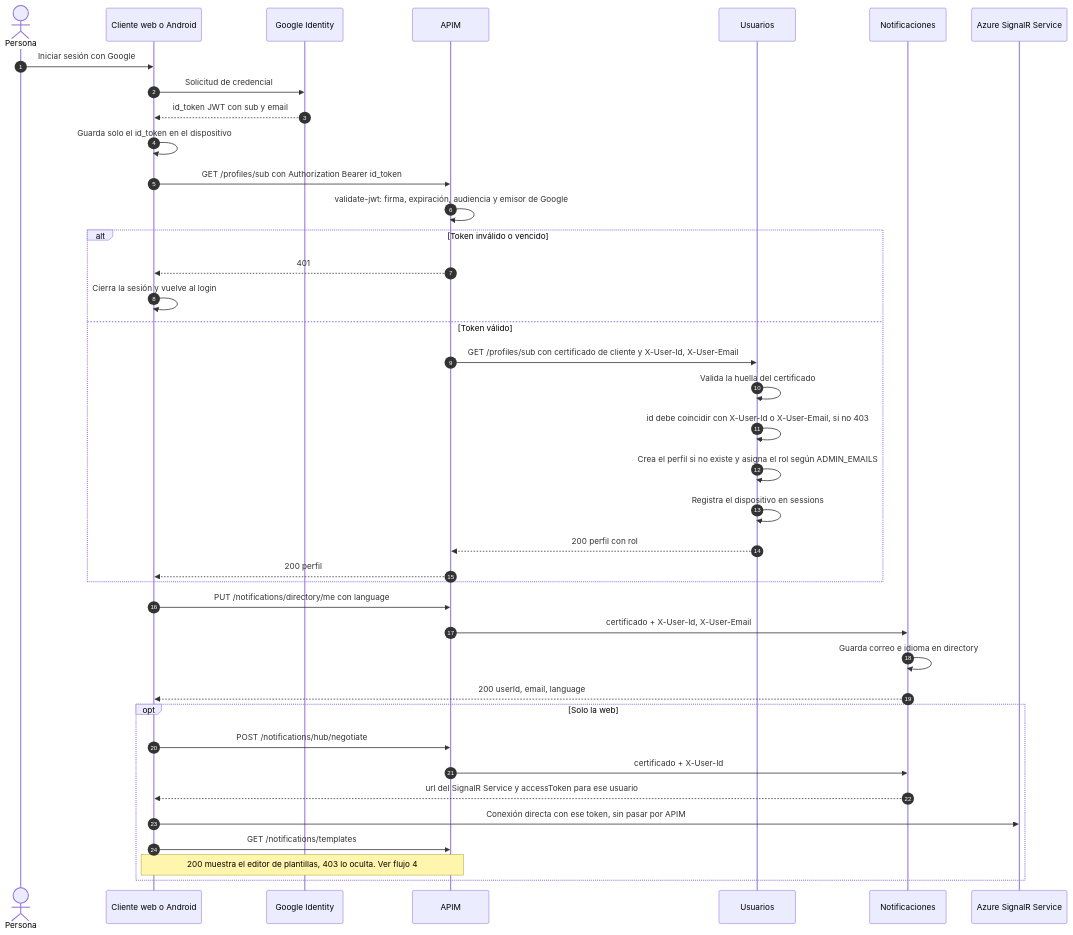
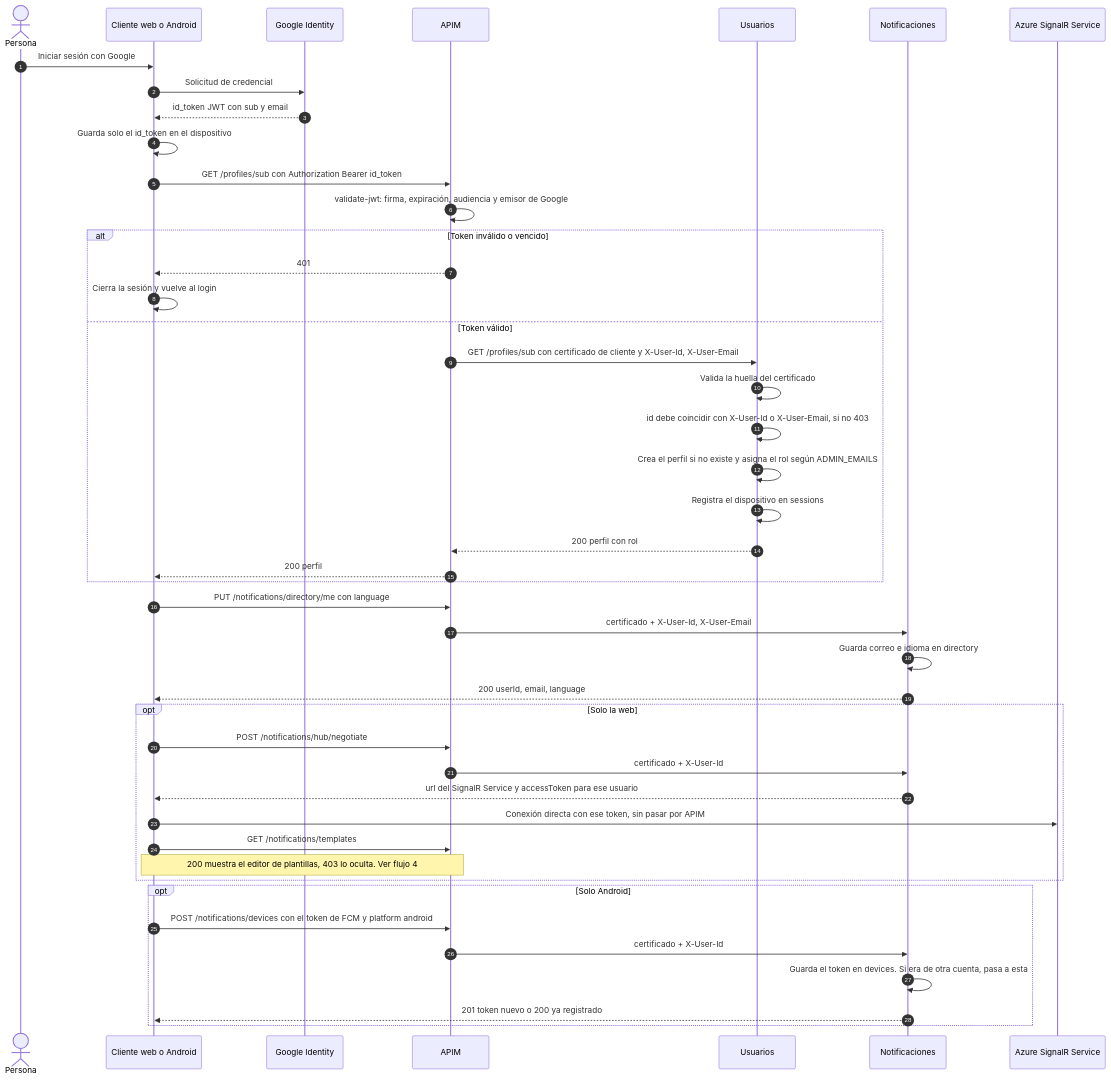
Before and after one commit to SoftwareDesignTEC/cvexpert-docs: the first of 4 diagrams in docs/flujos.md, drawn with Mermaid. The commit also changed other lines of this file and 5 other files, not shown here.

Commit message:
docs: aplicar revisión: cvexpert-web, sin repo de APIM y FCM de Android integrado

````diff
--- a/docs/flujos.md
+++ b/docs/flujos.md
@@ -9,45 +9,52 @@
 ```mermaid
 sequenceDiagram
     autonumber
     actor P as Persona
     participant CL as Cliente web o Android
     participant G as Google Identity
     participant A as APIM
     participant U as Usuarios
     participant N as Notificaciones
     participant SR as Azure SignalR Service
 
     P->>CL: Iniciar sesión con Google
     CL->>G: Solicitud de credencial
     G-->>CL: id_token JWT con sub y email
     CL->>CL: Guarda solo el id_token en el dispositivo
 
     CL->>A: GET /profiles/sub con Authorization Bearer id_token
     A->>A: validate-jwt: firma, expiración, audiencia y emisor de Google
     alt Token inválido o vencido
         A-->>CL: 401
         CL->>CL: Cierra la sesión y vuelve al login
     else Token válido
         A->>U: GET /profiles/sub con certificado de cliente y X-User-Id, X-User-Email
         U->>U: Valida la huella del certificado
         U->>U: id debe coincidir con X-User-Id o X-User-Email, si no 403
         U->>U: Crea el perfil si no existe y asigna el rol según ADMIN_EMAILS
         U->>U: Registra el dispositivo en sessions
         U-->>A: 200 perfil con rol
         A-->>CL: 200 perfil
     end
 
     CL->>A: PUT /notifications/directory/me con language
     A->>N: certificado + X-User-Id, X-User-Email
     N->>N: Guarda correo e idioma en directory
     N-->>CL: 200 userId, email, language
 
     opt Solo la web
         CL->>A: POST /notifications/hub/negotiate
         A->>N: certificado + X-User-Id
         N-->>CL: url del SignalR Service y accessToken para ese usuario
         CL->>SR: Conexión directa con ese token, sin pasar por APIM
         CL->>A: GET /notifications/templates
         Note over CL,A: 200 muestra el editor de plantillas, 403 lo oculta. Ver flujo 4
     end
+
+    opt Solo Android
+        CL->>A: POST /notifications/devices con el token de FCM y platform android
+        A->>N: certificado + X-User-Id
+        N->>N: Guarda el token en devices. Si era de otra cuenta, pasa a esta
+        N-->>CL: 201 token nuevo o 200 ya registrado
+    end
 ```
````
